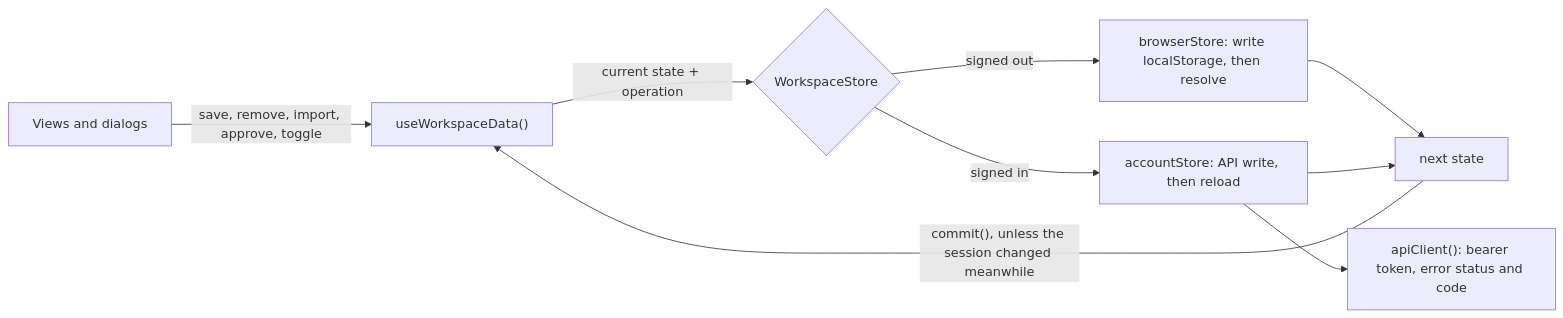
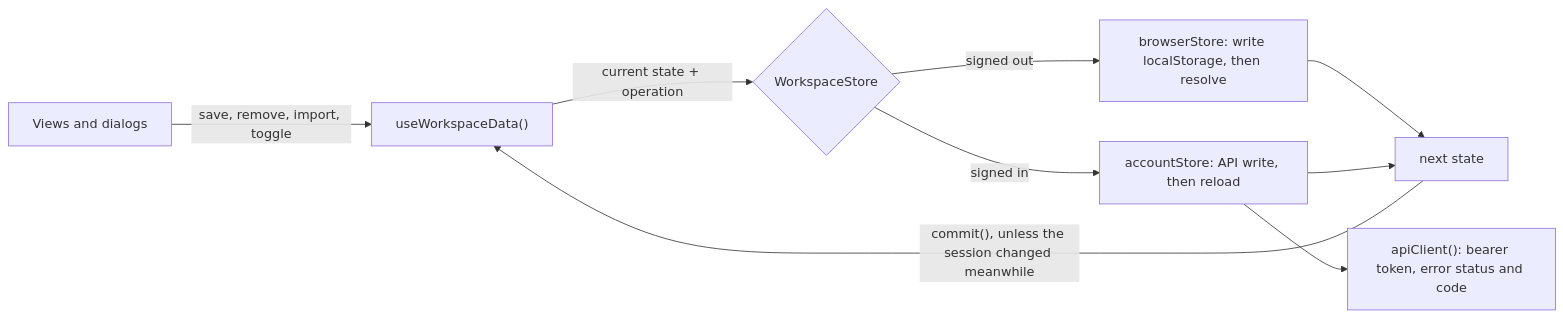
The diagram in docs/architecture/client-data.md (horadam/fieldwork), drawn with Mermaid before and after one commit. The commit also changed 23 other files, not shown here.

````diff
--- a/docs/architecture/client-data.md
+++ b/docs/architecture/client-data.md
@@ -11,11 +11,11 @@
 ```mermaid
 flowchart LR
-  VIEWS["Views and dialogs"] -->|"save, remove, import, approve, toggle"| HOOK["useWorkspaceData()"]
+  VIEWS["Views and dialogs"] -->|"save, remove, import, toggle"| HOOK["useWorkspaceData()"]
   HOOK -->|"current state + operation"| STORE{"WorkspaceStore"}
   STORE -->|"signed out"| BROWSER["browserStore: write localStorage, then resolve"]
   STORE -->|"signed in"| ACCOUNT["accountStore: API write, then reload"]
   ACCOUNT --> CLIENT["apiClient(): bearer token, error status and code"]
   BROWSER --> NEXT["next state"]
   ACCOUNT --> NEXT
   NEXT -->|"commit(), unless the session changed meanwhile"| HOOK
 ```
````
